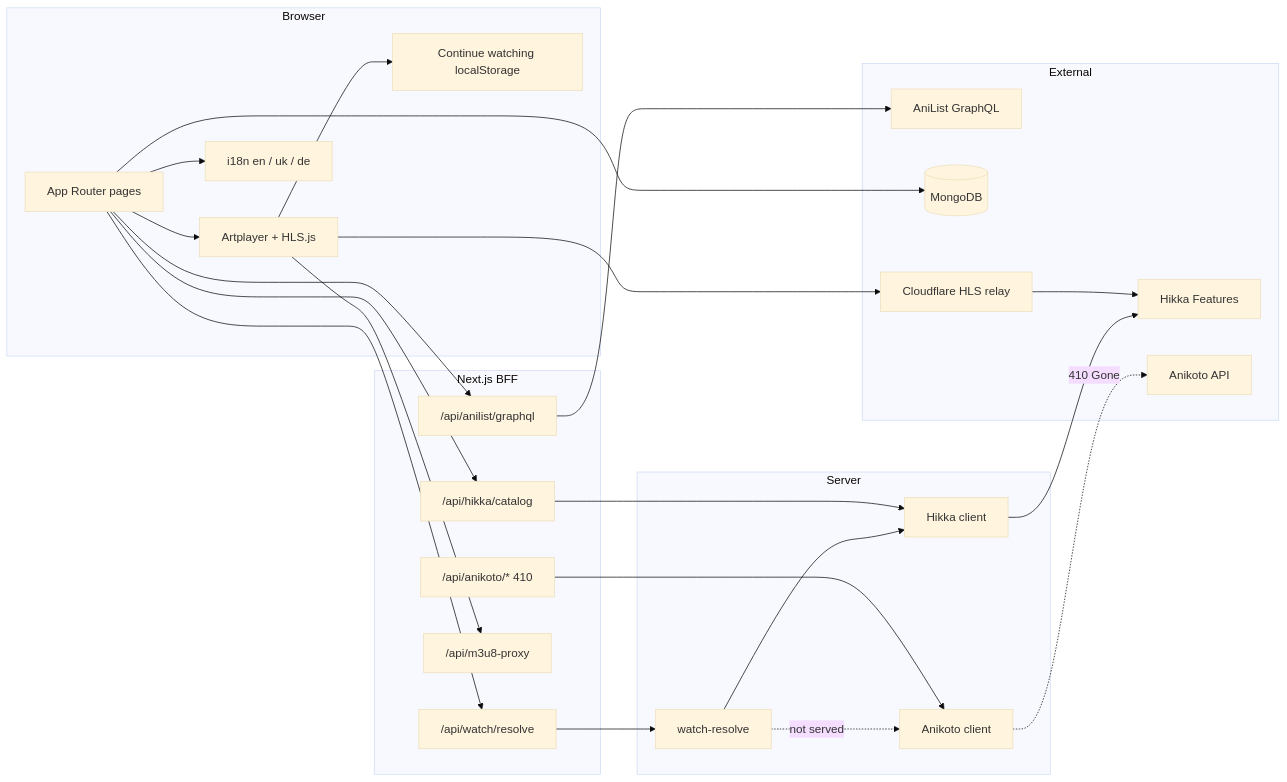
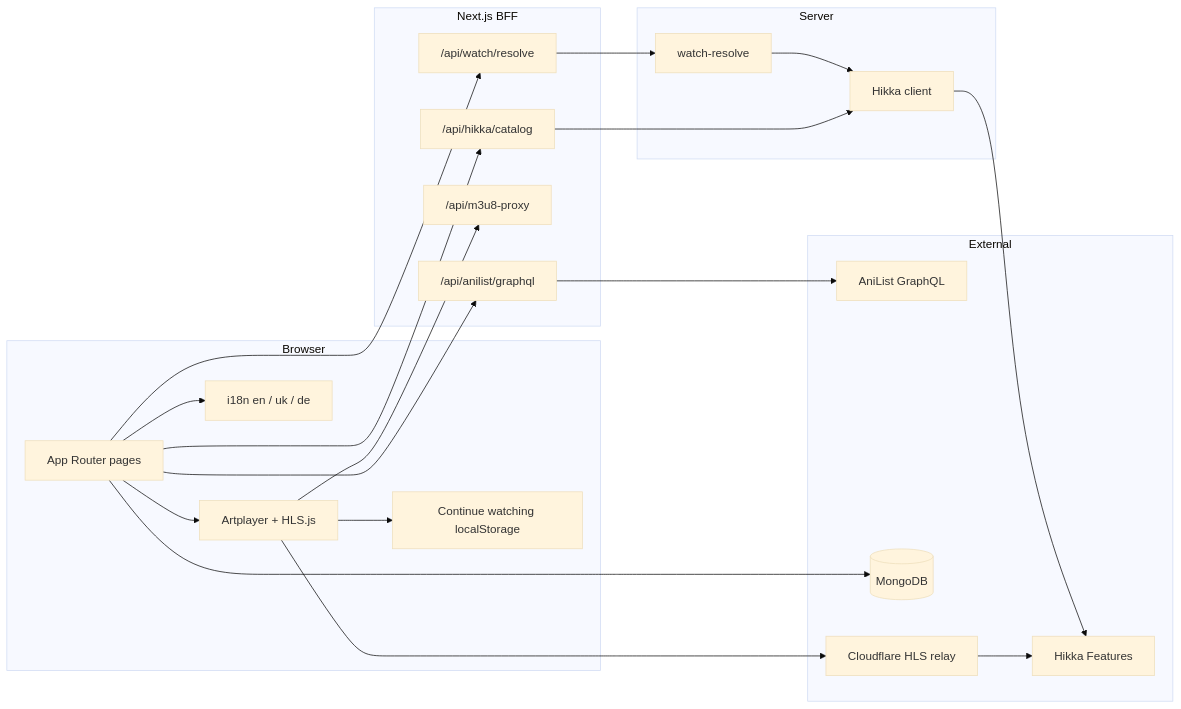
Before and after one commit to Pashahu1/OtakuFusion: the second of 2 diagrams in README.md, drawn with Mermaid (base theme). The commit also changed other lines of this file and 77 other files, not shown here.

````diff
--- a/README.md
+++ b/README.md
@@ -145,50 +138,44 @@
 ```mermaid
 flowchart LR
   subgraph client [Browser]
     Pages[App Router pages]
     Player[Artplayer + HLS.js]
     I18n[i18n en / uk / de]
     CW[Continue watching localStorage]
     Pages --> Player
     Pages --> I18n
     Player --> CW
   end
 
   subgraph bff [Next.js BFF]
     Resolve["/api/watch/resolve"]
     HikkaCatalog["/api/hikka/catalog"]
-    AnikotoBFF["/api/anikoto/* 410"]
     Proxy["/api/m3u8-proxy"]
     AniListAPI["/api/anilist/graphql"]
   end
 
   subgraph server [Server]
     WR[watch-resolve]
     HikkaClient[Hikka client]
-    AnikotoClient[Anikoto client]
     WR --> HikkaClient
-    WR -.->|not served| AnikotoClient
   end
 
   subgraph external [External]
     HikkaAPI[Hikka Features]
-    AnikotoAPI[Anikoto API]
     AniList[AniList GraphQL]
     DB[(MongoDB)]
     Relay[Cloudflare HLS relay]
   end
 
   Pages --> Resolve
   Pages --> HikkaCatalog
   Pages --> AniListAPI
   Player --> Proxy
   Player --> Relay
   Resolve --> WR
   HikkaCatalog --> HikkaClient
-  AnikotoBFF --> AnikotoClient
   HikkaClient --> HikkaAPI
-  AnikotoClient -.->|410 Gone| AnikotoAPI
   Relay --> HikkaAPI
   Pages --> DB
   AniListAPI --> AniList
 ```
````
